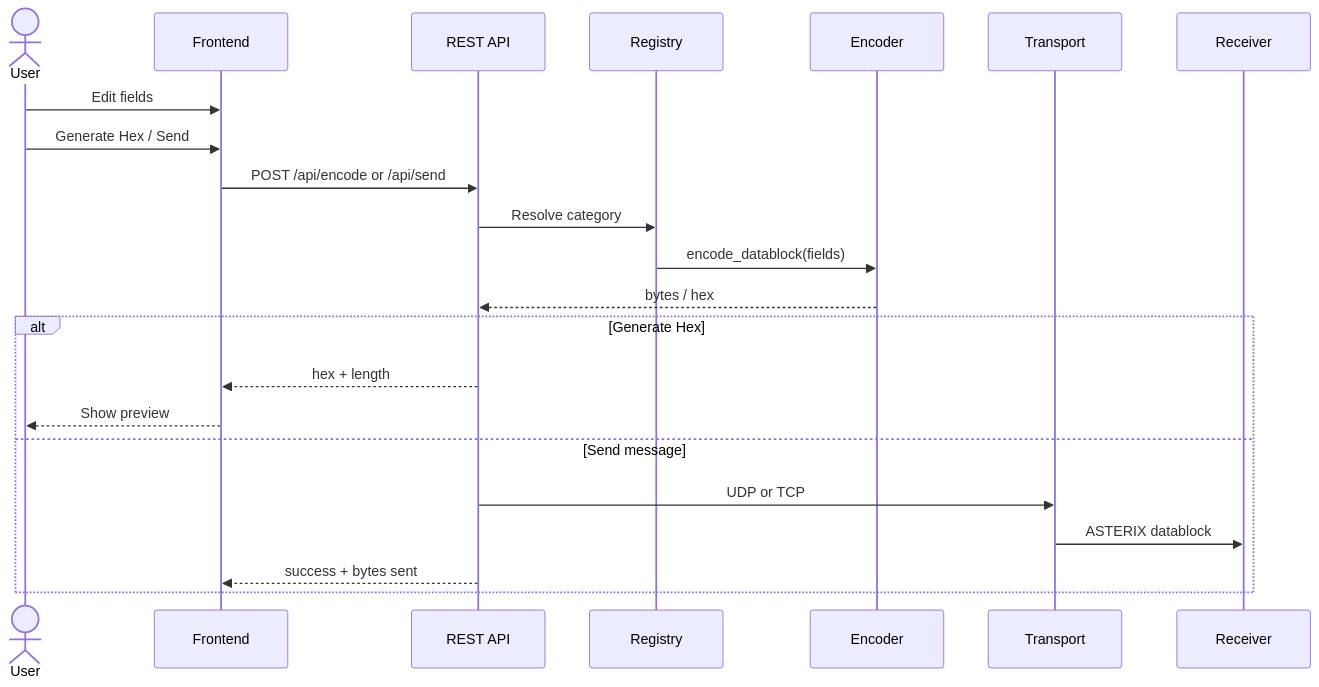
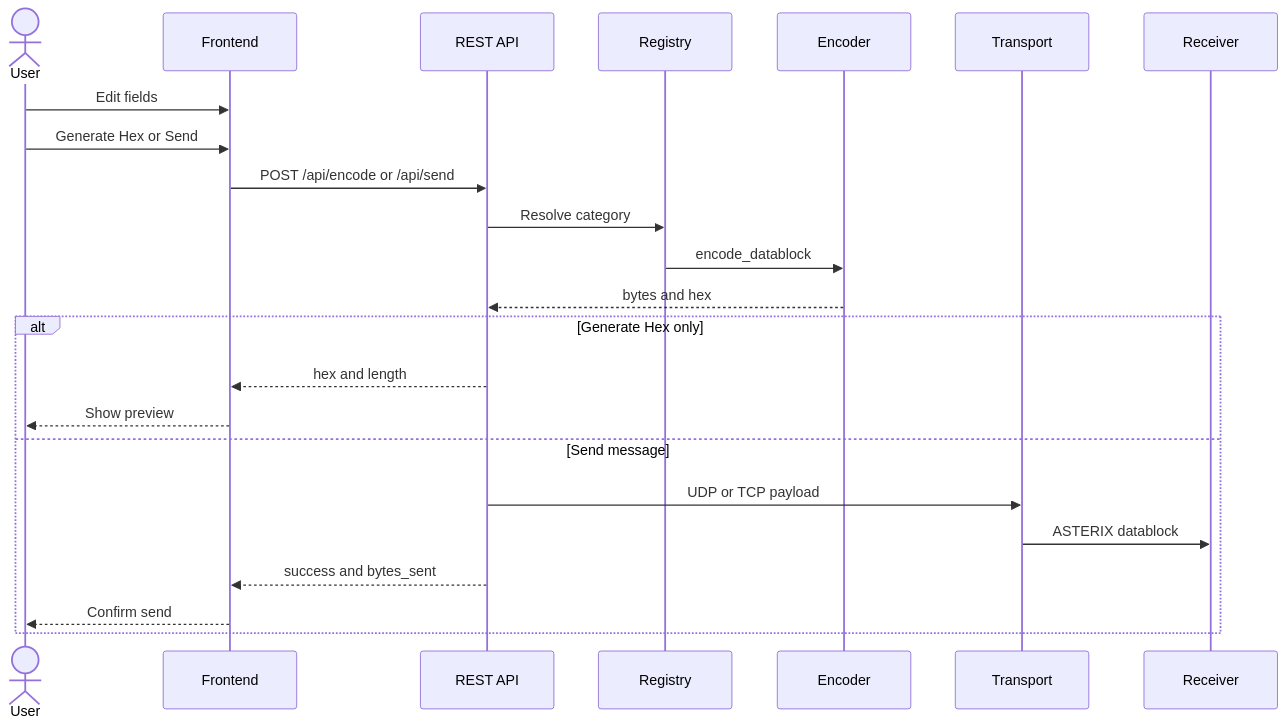
The second of 2 diagrams in docs/architecture.md (perneh/obelix), drawn with Mermaid before and after one commit. The commit also changed other lines of this file and 2 other files, not shown here.

First line of the commit message:
Update documentation Mermaid diagrams and category coverage.

````diff
--- a/docs/architecture.md
+++ b/docs/architecture.md
@@ -63,26 +60,27 @@
 ```mermaid
 sequenceDiagram
     actor User
     participant UI as Frontend
     participant API as REST API
     participant REG as Registry
     participant ENC as Encoder
     participant TRN as Transport
     participant RX as Receiver
 
     User->>UI: Edit fields
-    User->>UI: Generate Hex / Send
+    User->>UI: Generate Hex or Send
     UI->>API: POST /api/encode or /api/send
     API->>REG: Resolve category
-    REG->>ENC: encode_datablock(fields)
-    ENC-->>API: bytes / hex
+    REG->>ENC: encode_datablock
+    ENC-->>API: bytes and hex
 
-    alt Generate Hex
-        API-->>UI: hex + length
+    alt Generate Hex only
+        API-->>UI: hex and length
         UI-->>User: Show preview
     else Send message
-        API->>TRN: UDP or TCP
+        API->>TRN: UDP or TCP payload
         TRN->>RX: ASTERIX datablock
-        API-->>UI: success + bytes sent
+        API-->>UI: success and bytes_sent
+        UI-->>User: Confirm send
     end
 ```
````
